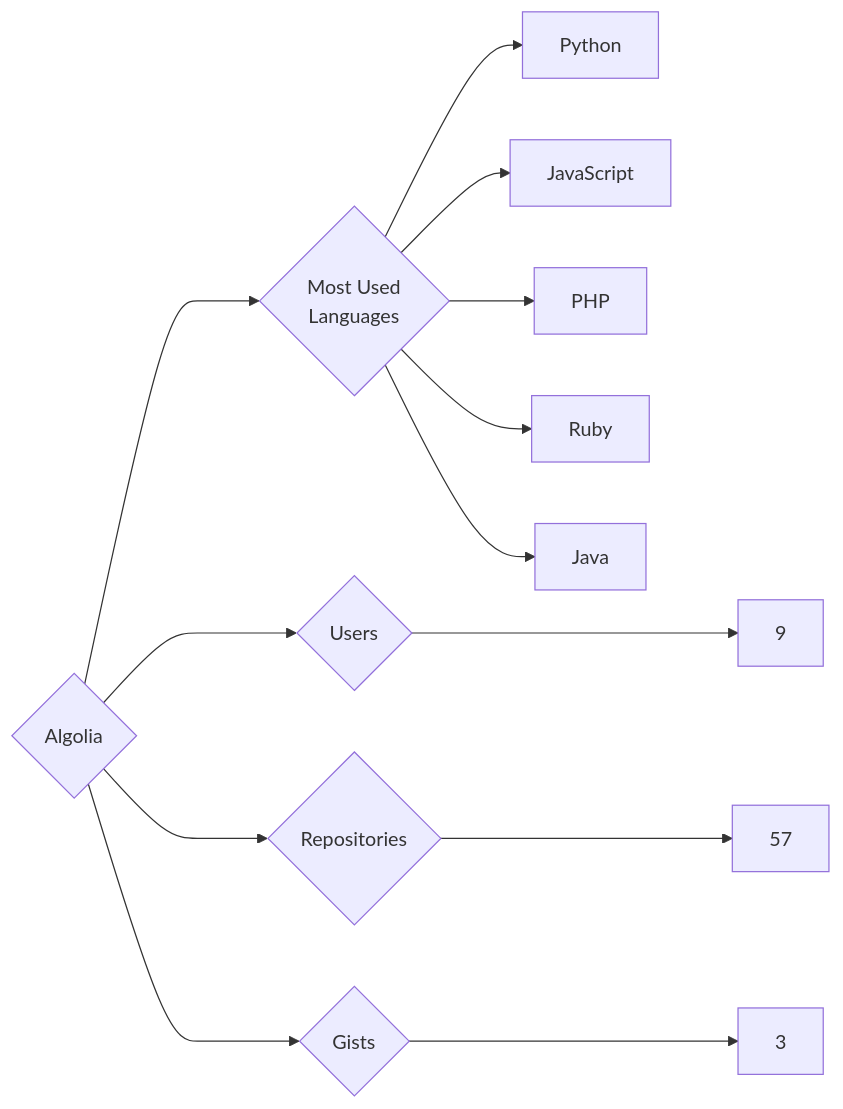
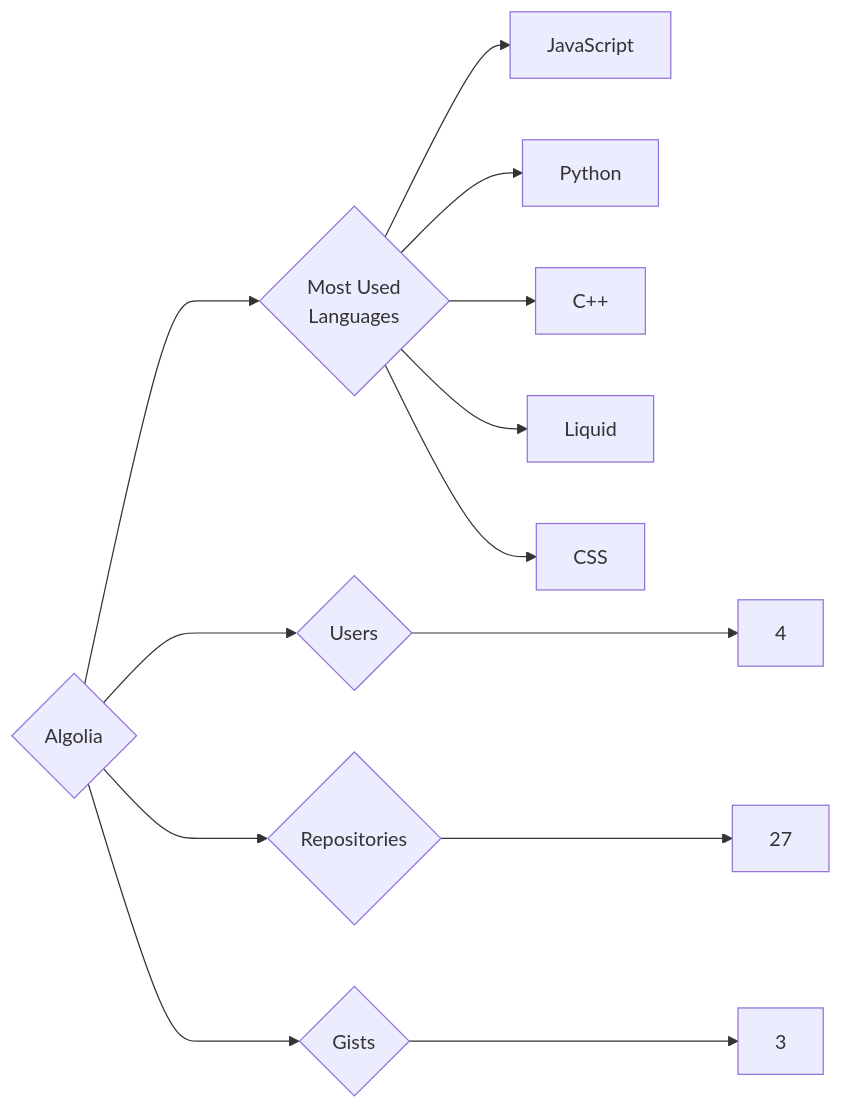
The diagram in targets/Algolia/README.md (trickest/insiders), drawn with Mermaid before and after one commit. The commit also changed 1170 other files, not shown here.

````diff
--- a/targets/Algolia/README.md
+++ b/targets/Algolia/README.md
@@ -3,13 +3,13 @@
 ```mermaid
 graph LR
 COMPANY_NAME{Algolia}
-COMPANY_NAME ---> U{Users} ---> UN[9]
-COMPANY_NAME ---> R{Repositories} ---> RN[57]
+COMPANY_NAME ---> U{Users} ---> UN[4]
+COMPANY_NAME ---> R{Repositories} ---> RN[27]
 COMPANY_NAME ---> G{Gists} ---> GN[3]
 COMPANY_NAME ---> ML{Most Used<br>Languages}
+ML --> JavaScript[JavaScript]
 ML --> Python[Python]
-ML --> JavaScript[JavaScript]
-ML --> PHP[PHP]
-ML --> Ruby[Ruby]
-ML --> Java[Java]
+ML --> C++[C++]
+ML --> Liquid[Liquid]
+ML --> CSS[CSS]
 ```
````
